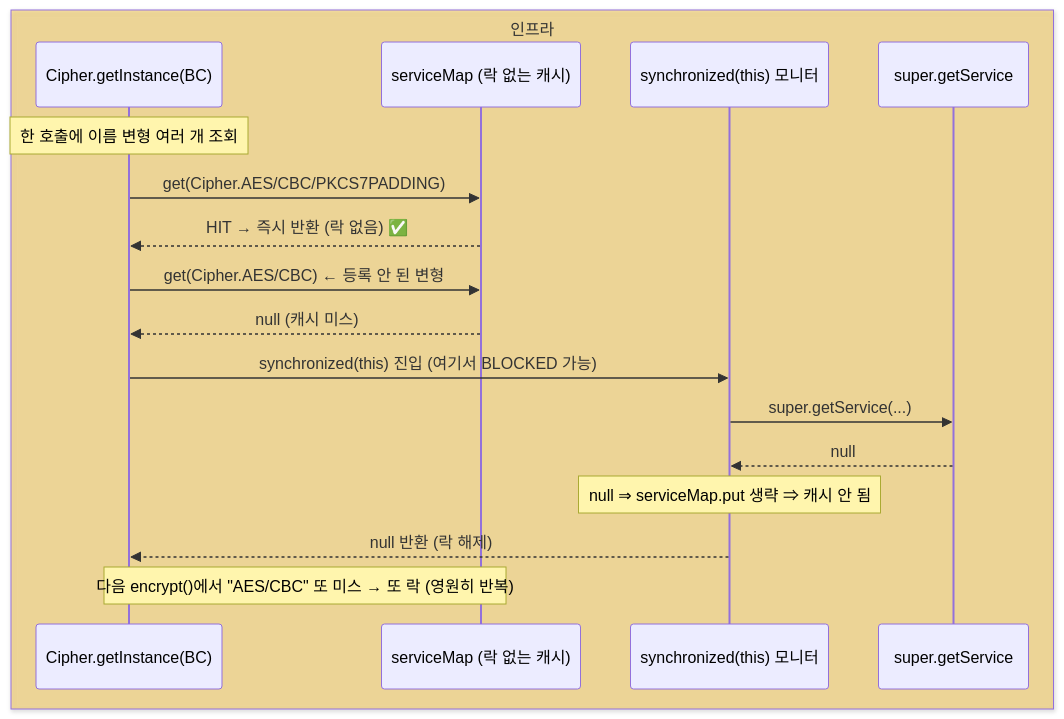
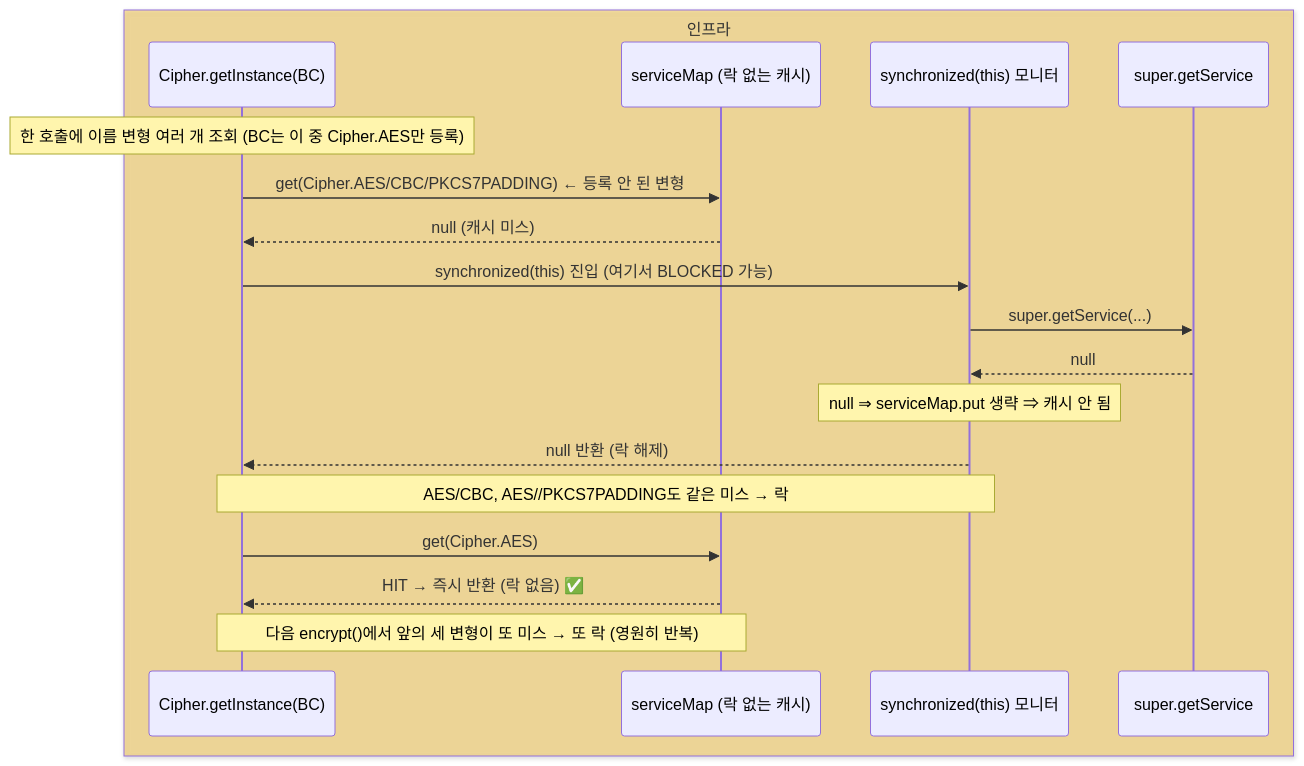
Before and after one commit to HJC96/deep-dive: the second of 3 diagrams in labs/java-sandbox/README.md, drawn with Mermaid. The commit also changed other lines of this file and 31 other files, not shown here.

````diff
--- a/labs/java-sandbox/README.md
+++ b/labs/java-sandbox/README.md
@@ -178,23 +178,24 @@
 ```mermaid
 sequenceDiagram
 
     box rgba(251, 191, 36, 0.40) 인프라
     participant C as Cipher.getInstance(BC)
     participant M as serviceMap (락 없는 캐시)
     participant L as synchronized(this) 모니터
     participant S as super.getService
     end
 
-    Note over C: 한 호출에 이름 변형 여러 개 조회
-    C->>M: get(Cipher.AES/CBC/PKCS7PADDING)
-    M-->>C: HIT → 즉시 반환 (락 없음) ✅
-
-    C->>M: get(Cipher.AES/CBC) ← 등록 안 된 변형
+    Note over C: 한 호출에 이름 변형 여러 개 조회 (BC는 이 중 Cipher.AES만 등록)
+    C->>M: get(Cipher.AES/CBC/PKCS7PADDING) ← 등록 안 된 변형
     M-->>C: null (캐시 미스)
     C->>L: synchronized(this) 진입 (여기서 BLOCKED 가능)
     L->>S: super.getService(...)
     S-->>L: null
     Note over L: null ⇒ serviceMap.put 생략 ⇒ 캐시 안 됨
     L-->>C: null 반환 (락 해제)
-    Note over C,M: 다음 encrypt()에서 "AES/CBC" 또 미스 → 또 락 (영원히 반복)
+    Note over C,L: AES/CBC, AES//PKCS7PADDING도 같은 미스 → 락
+
+    C->>M: get(Cipher.AES)
+    M-->>C: HIT → 즉시 반환 (락 없음) ✅
+    Note over C,M: 다음 encrypt()에서 앞의 세 변형이 또 미스 → 또 락 (영원히 반복)
 ```
````
